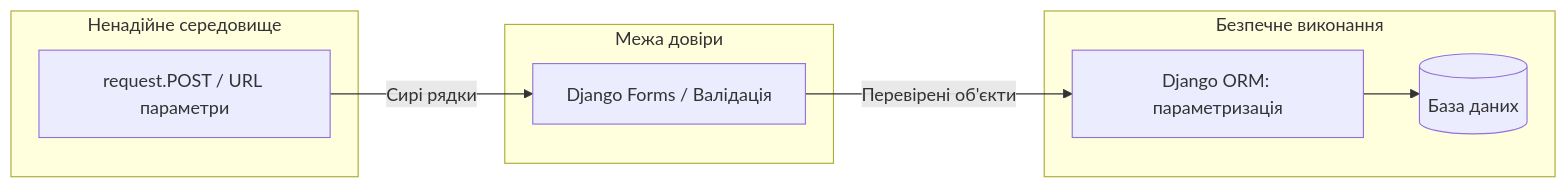
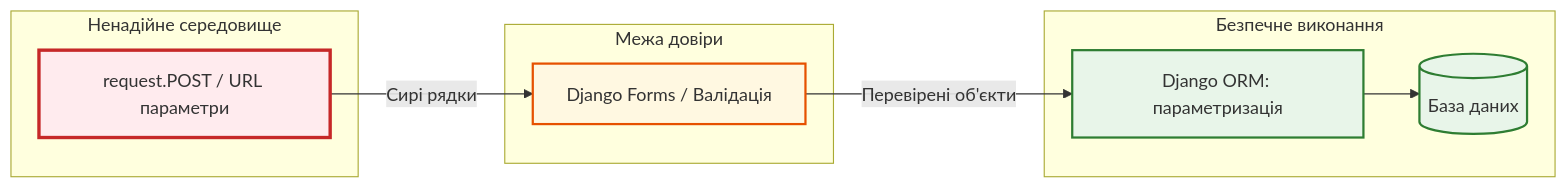
The third of 3 diagrams in docs/07_auth_and_security/django_security_architecture_full.md (NikoriakViktot/notes_chat_app), drawn with Mermaid before and after one commit. The commit also changed other lines of this file and 441 other files, not shown here.

First line of the commit message:
Add English version of the book, Mermaid standard, docs fixes

````diff
--- a/docs/07_auth_and_security/django_security_architecture_full.md
+++ b/docs/07_auth_and_security/django_security_architecture_full.md
@@ -166,14 +180,21 @@
 ```mermaid
 graph LR
     subgraph Ненадійне середовище
         A[request.POST / URL параметри]
     end
     subgraph Межа довіри
         B[Django Forms / Валідація]
     end
     subgraph Безпечне виконання
         C[Django ORM: параметризація] --> D[(База даних)]
     end
     A -->|Сирі рядки| B
     B -->|Перевірені об'єкти| C
+
+    classDef success  fill:#e8f5e9,stroke:#2e7d32,stroke-width:2px;
+    classDef error    fill:#ffebee,stroke:#c62828,stroke-width:3px;
+    classDef warning  fill:#fff8e1,stroke:#e65100,stroke-width:2px;
+    class C,D success;
+    class A error;
+    class B warning;
 ```
````
